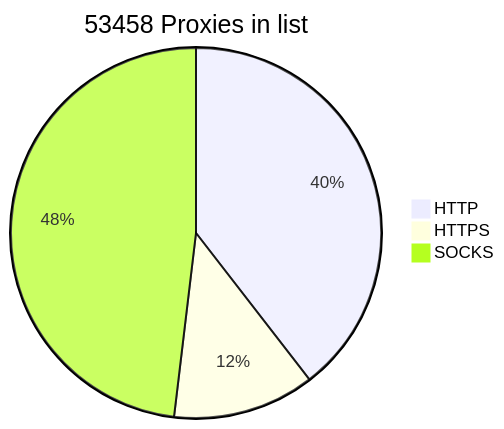
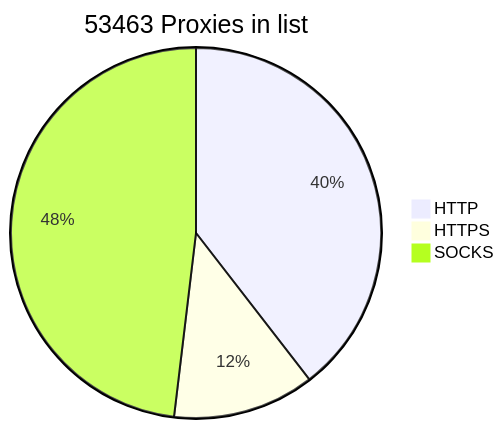
Before and after one commit to BlackSnowDot/proxylist-update-every-minute: the diagram in README.md, drawn with Mermaid.

````diff
--- a/README.md
+++ b/README.md
@@ -2,6 +2,6 @@
 ```mermaid
-pie title 53458 Proxies in list
-    "HTTP" : 23601
-    "HTTPS": 7396
+pie title 53463 Proxies in list
+    "HTTP" : 23603
+    "HTTPS": 7395
     "SOCKS" : 28734
 ```
````
